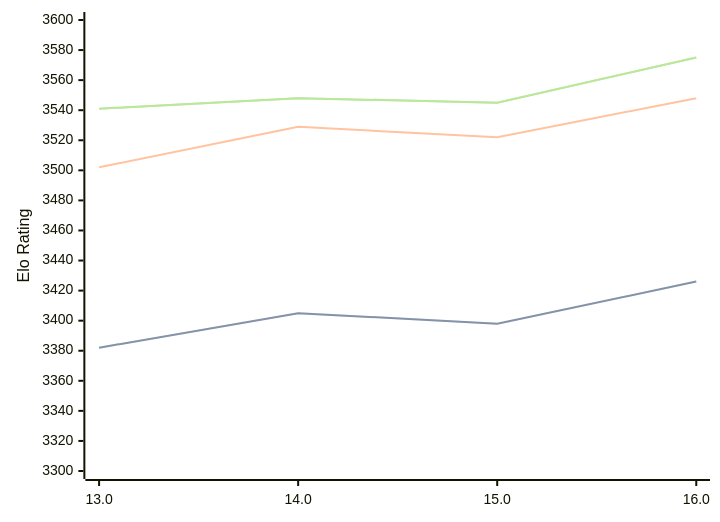
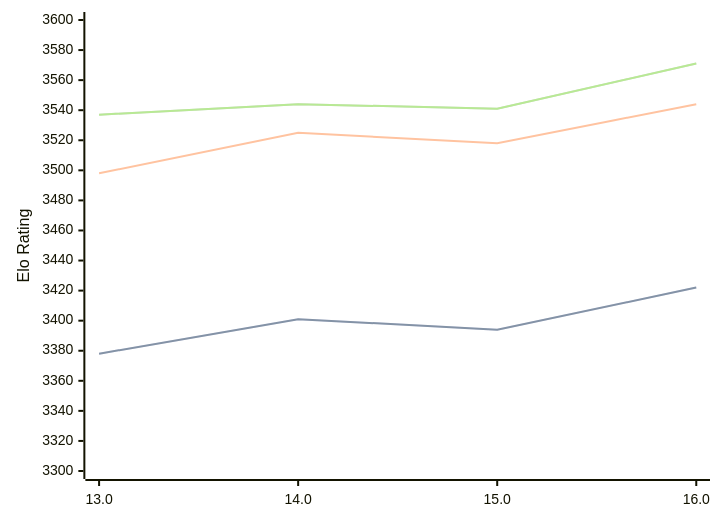
The third of 3 diagrams in engines/Obsidian.md (computer-chess-index/cci), drawn with Mermaid before and after one commit. The commit also changed other lines of this file, not shown here.

Commit message:
Update CCI Ratings (ELO VLTC) - 2026-07-16

````diff
--- a/engines/Obsidian.md
+++ b/engines/Obsidian.md
@@ -76,11 +76,11 @@
 ```mermaid
 %%{init: {"theme":"base","themeVariables":{"seriesColors:['#a3a3a3','#222221','#faa371']}}}%%
 xychart-beta
   x-axis ["13.0", "14.0", "15.0", "16.0"]
   y-axis "Elo Rating" 3300 --> 3600
-  line "STC (8.0+0.08s)" [3382, 3405, 3398, 3426]
-  line "STC (8.0+0.08s)" [3382, 3405, 3398, 3426]
-  line "LTC (60.0+0.60s)" [3502, 3529, 3522, 3548]
-  line "VLTC (2m24s+1.12s)" [3541, 3548, 3545, 3575]
-  line "VLTC (2m24s+1.12s)" [3541, 3548, 3545, 3575]
+  line "STC (8.0+0.08s)" [3378, 3401, 3394, 3422]
+  line "STC (8.0+0.08s)" [3378, 3401, 3394, 3422]
+  line "LTC (60.0+0.60s)" [3498, 3525, 3518, 3544]
+  line "VLTC (2m24s+1.12s)" [3537, 3544, 3541, 3571]
+  line "VLTC (2m24s+1.12s)" [3537, 3544, 3541, 3571]
 ```
````
